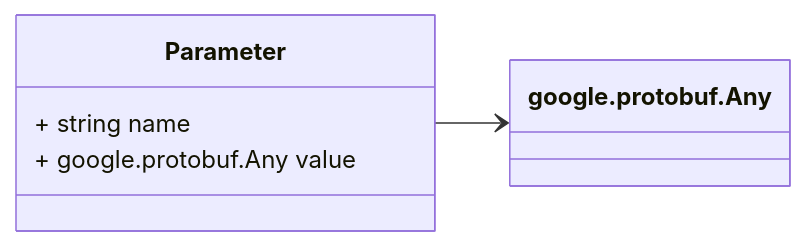
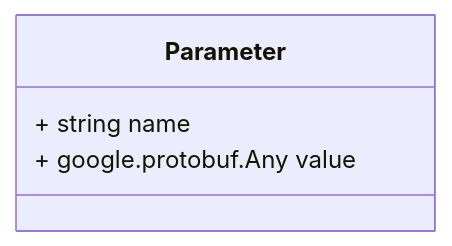
The fourth of 6 diagrams in docs/data_format/platform/v1/task.proto.md (zaphiro-technologies/protobuf), drawn with Mermaid before and after one commit. The commit also changed other lines of this file and 42 other files, not shown here.

````diff
--- a/docs/data_format/platform/v1/task.proto.md
+++ b/docs/data_format/platform/v1/task.proto.md
@@ -99,13 +173,12 @@
 ```mermaid
 classDiagram
 direction LR
 
 %% A parameter of a `Task` or `Notification`
 
 class Parameter {
   + string name
   + google.protobuf.Any value
 }
-Parameter --> `google.protobuf.Any`
 
 ```
````
